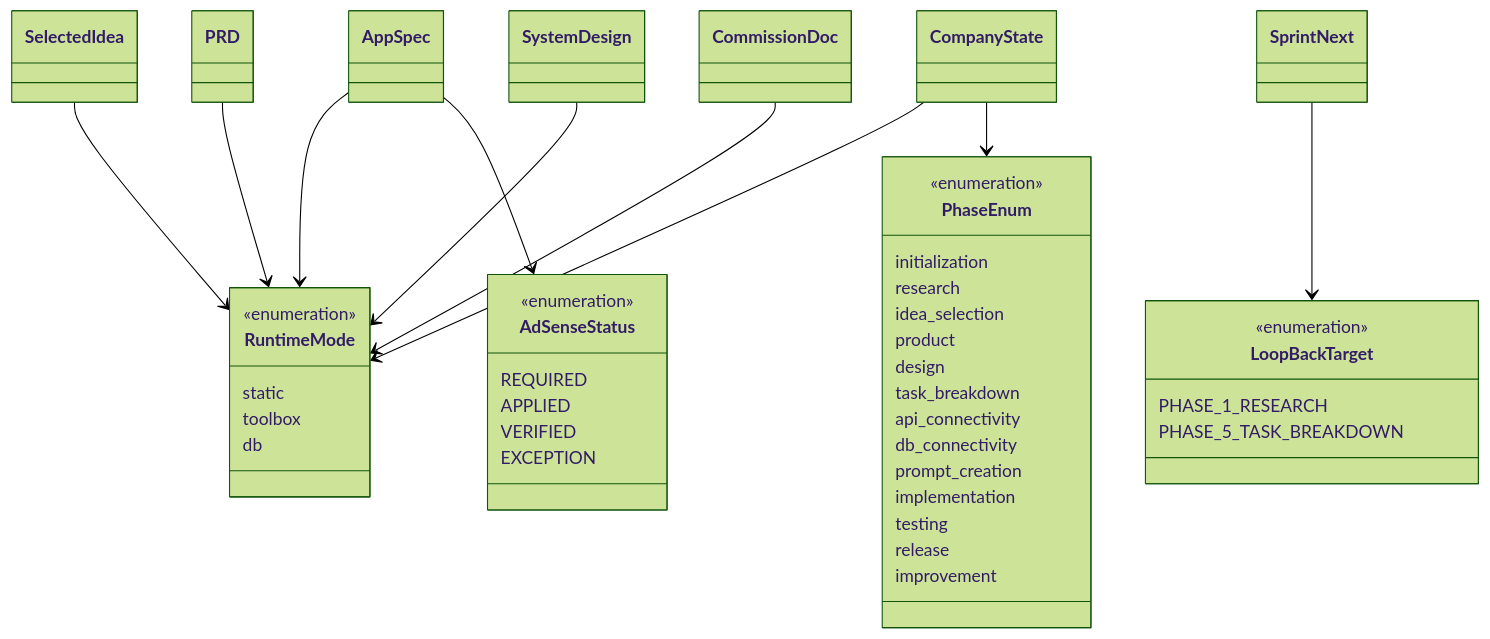
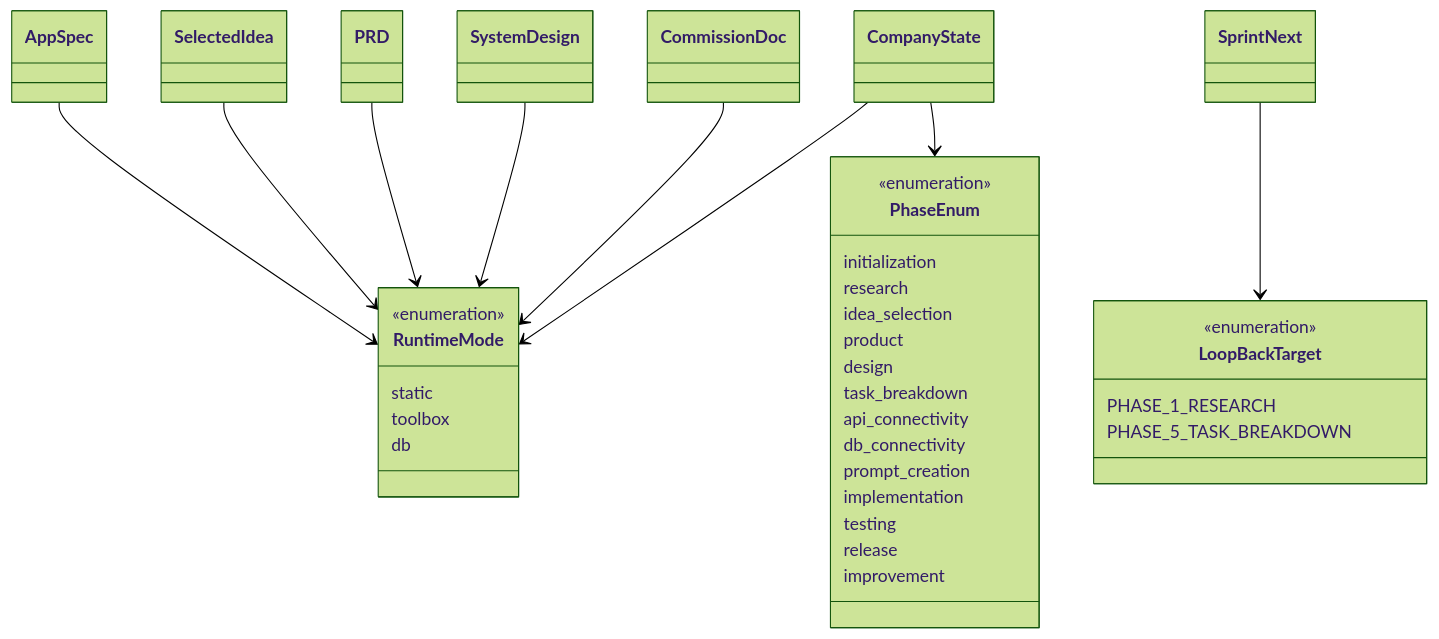
One commit to garyohosu/openclaw-app-company changed the fifth of 7 diagrams in CLASS.md. Above: the diagram before and after it, drawn with Mermaid (forest theme). The commit also changed other lines of this file and 4 other files, not shown here.

Commit message:
Align CLASS and sequence docs with Q58-Q60

````diff
--- a/CLASS.md
+++ b/CLASS.md
@@ -472,50 +473,41 @@
 ```mermaid
 classDiagram
     class RuntimeMode {
         <<enumeration>>
         static
         toolbox
         db
     }
 
     class LoopBackTarget {
         <<enumeration>>
         PHASE_1_RESEARCH
         PHASE_5_TASK_BREAKDOWN
     }
 
     class PhaseEnum {
         <<enumeration>>
         initialization
         research
         idea_selection
         product
         design
         task_breakdown
         api_connectivity
         db_connectivity
         prompt_creation
         implementation
         testing
         release
         improvement
     }
 
-    class AdSenseStatus {
-        <<enumeration>>
-        REQUIRED
-        APPLIED
-        VERIFIED
-        EXCEPTION
-    }
-
     AppSpec --> RuntimeMode
     SelectedIdea --> RuntimeMode
     PRD --> RuntimeMode
     SystemDesign --> RuntimeMode
     CommissionDoc --> RuntimeMode
     CompanyState --> RuntimeMode
     CompanyState --> PhaseEnum
     SprintNext --> LoopBackTarget
-    AppSpec --> AdSenseStatus
 ```
````
